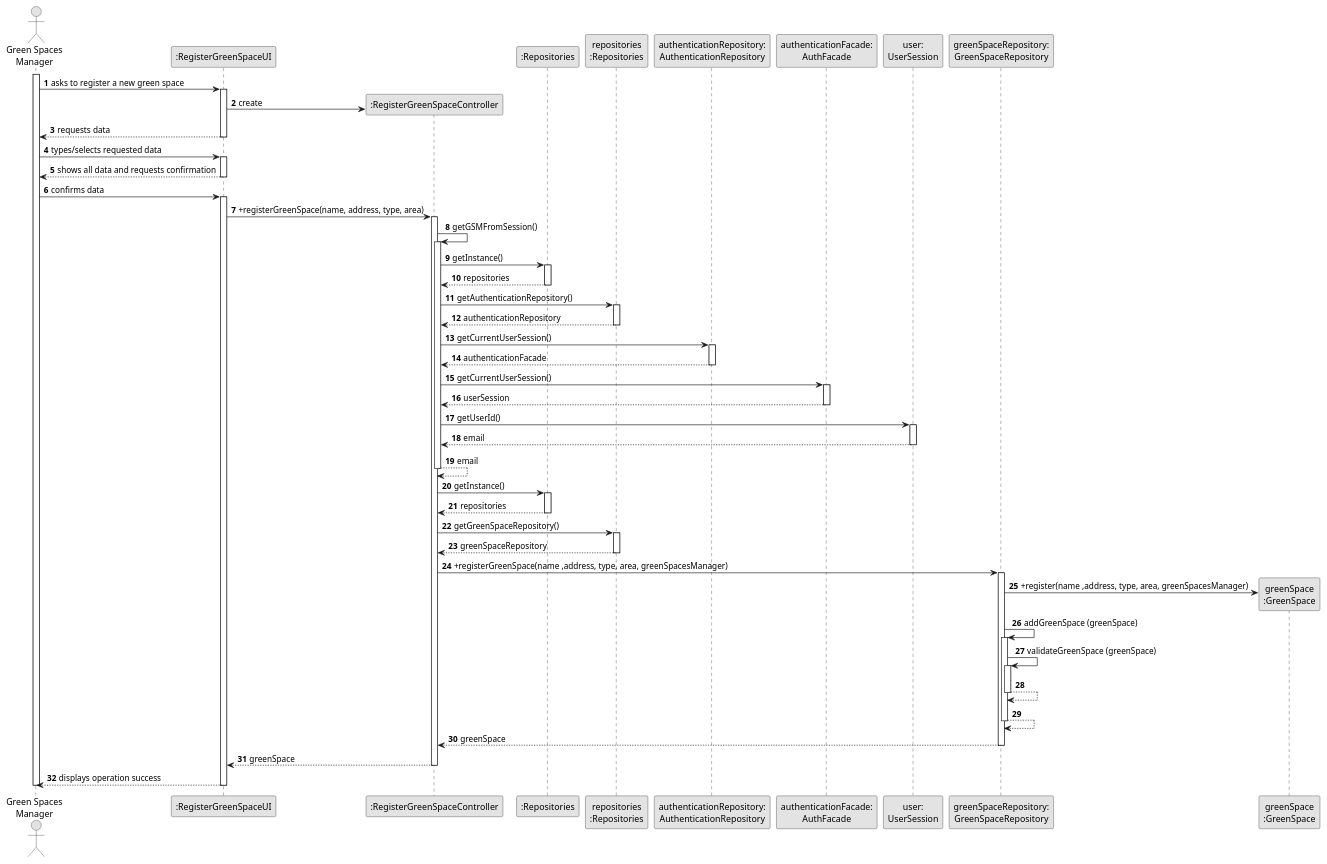
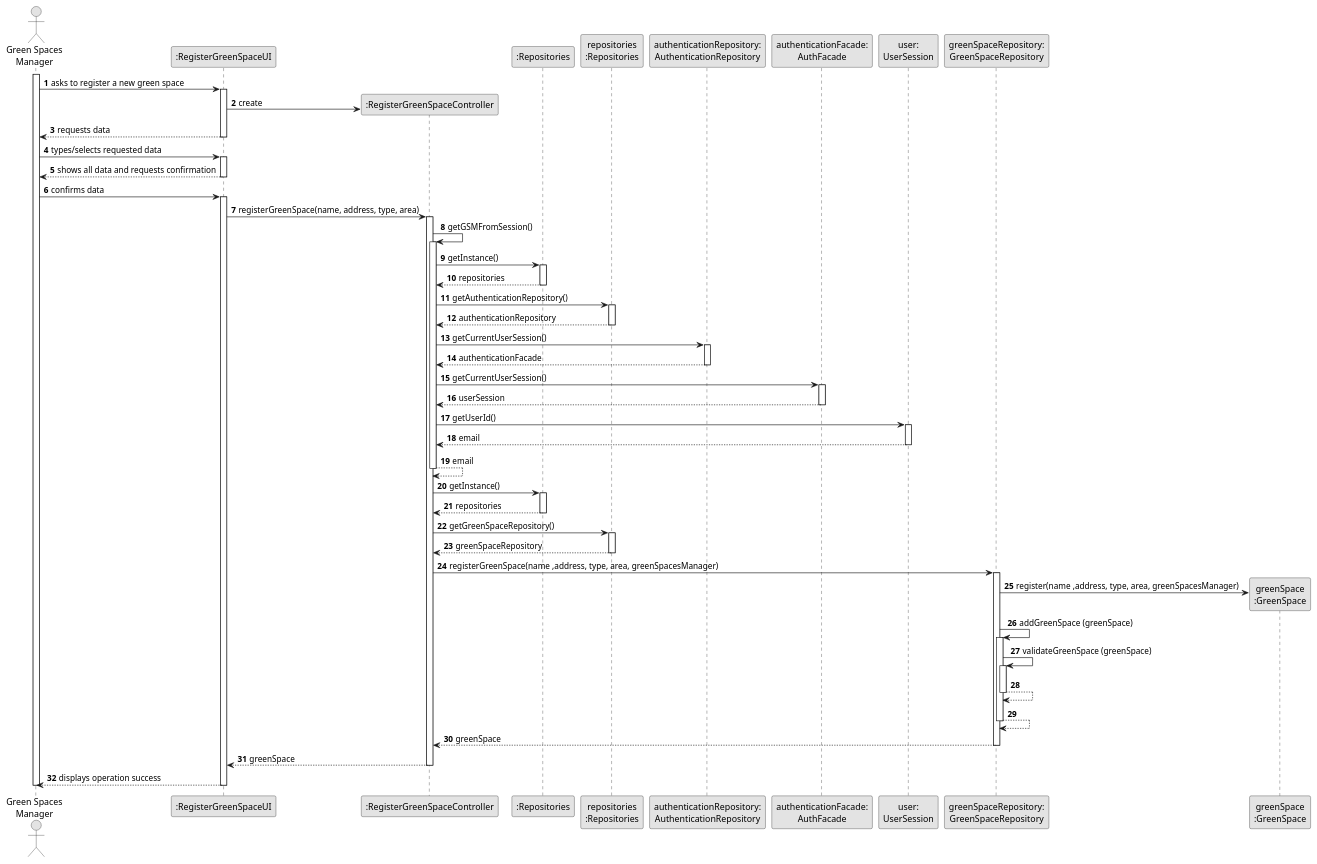
One commit to daniel41silva05/ISEP_2023_2024_LAPR2 changed the diagram in docs/sprintA&B&C/us020/03.design/puml/us020-sequence-diagram-full.puml. Above: the diagram before and after it, drawn with PlantUML. The commit also changed 3 other files, not shown here.

```diff
--- a/docs/sprintA&B&C/us020/03.design/puml/us020-sequence-diagram-full.puml
+++ b/docs/sprintA&B&C/us020/03.design/puml/us020-sequence-diagram-full.puml
@@ -1,118 +1,118 @@
 @startuml
 skinparam monochrome true
 skinparam packageStyle rectangle
 skinparam shadowing false
 
 autonumber
 
 'hide footbox
 actor "Green Spaces\nManager" as GSM
 participant ":RegisterGreenSpaceUI" as UI
 participant ":RegisterGreenSpaceController" as CTRL
 participant ":Repositories" as REP
 participant "repositories\n:Repositories" as REPS
 participant "authenticationRepository:\nAuthenticationRepository" as authentication
 participant "authenticationFacade:\nAuthFacade" as authFacade
 participant "user:\nUserSession" as user
 participant "greenSpaceRepository:\nGreenSpaceRepository" as greenSpaceRepository
 participant "greenSpace\n:GreenSpace" as GREENSPACE
 
 activate GSM
 
     GSM -> UI : asks to register a new green space
     activate UI
 
         UI -> CTRL** : create
 
     UI --> GSM : requests data
     deactivate UI
 
     GSM -> UI : types/selects requested data
     activate UI
 
     UI --> GSM : shows all data and requests confirmation
     deactivate UI
 
     GSM -> UI : confirms data
     activate UI
 
-        UI -> CTRL: +registerGreenSpace(name, address, type, area)
+        UI -> CTRL: registerGreenSpace(name, address, type, area)
         activate CTRL
 
             CTRL -> CTRL: getGSMFromSession()
             activate CTRL
 
             CTRL -> REP: getInstance()
             activate REP
 
             REP --> CTRL: repositories
             deactivate REP
 
             CTRL -> REPS: getAuthenticationRepository()
             activate REPS
 
             REPS --> CTRL: authenticationRepository
             deactivate REPS
 
             CTRL -> authentication: getCurrentUserSession()
             activate authentication
 
             authentication --> CTRL: authenticationFacade
             deactivate authentication
 
             CTRL -> authFacade: getCurrentUserSession()
             activate authFacade
 
             authFacade --> CTRL: userSession
             deactivate authFacade
 
             CTRL -> user: getUserId()
             activate user
 
             user --> CTRL: email
             deactivate user
 
             CTRL --> CTRL: email
             deactivate CTRL
 
             CTRL -> REP: getInstance()
             activate REP
 
             REP --> CTRL: repositories
             deactivate REP
 
             CTRL -> REPS: getGreenSpaceRepository()
             activate REPS
 
             REPS --> CTRL: greenSpaceRepository
             deactivate REPS
 
-            CTRL -> greenSpaceRepository: +registerGreenSpace(name ,address, type, area, greenSpacesManager)
+            CTRL -> greenSpaceRepository: registerGreenSpace(name ,address, type, area, greenSpacesManager)
             activate greenSpaceRepository
 
-                greenSpaceRepository -> GREENSPACE** : +register(name ,address, type, area, greenSpacesManager)
+                greenSpaceRepository -> GREENSPACE** : register(name ,address, type, area, greenSpacesManager)
 
                 greenSpaceRepository -> greenSpaceRepository: addGreenSpace (greenSpace)
                 activate greenSpaceRepository
 
                 greenSpaceRepository -> greenSpaceRepository: validateGreenSpace (greenSpace)
                 activate greenSpaceRepository
 
                 greenSpaceRepository --> greenSpaceRepository
                 deactivate greenSpaceRepository
 
                 greenSpaceRepository --> greenSpaceRepository
                 deactivate greenSpaceRepository
 
             greenSpaceRepository --> CTRL: greenSpace
             deactivate greenSpaceRepository
 
         CTRL --> UI: greenSpace
         deactivate CTRL
 
     UI --> GSM : displays operation success
     deactivate UI
 
 deactivate GSM
 
 @enduml
```
